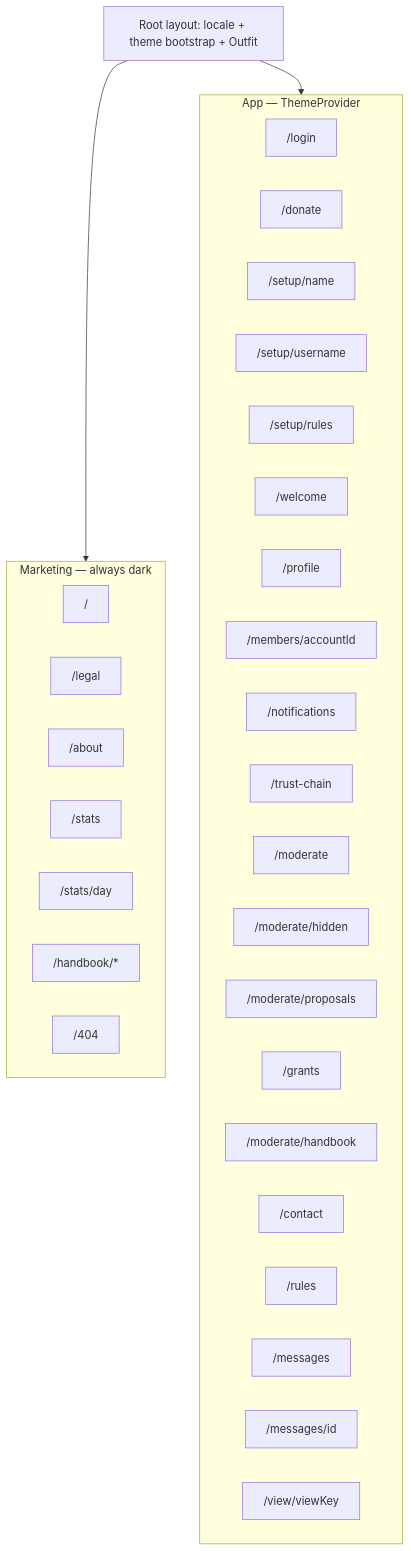
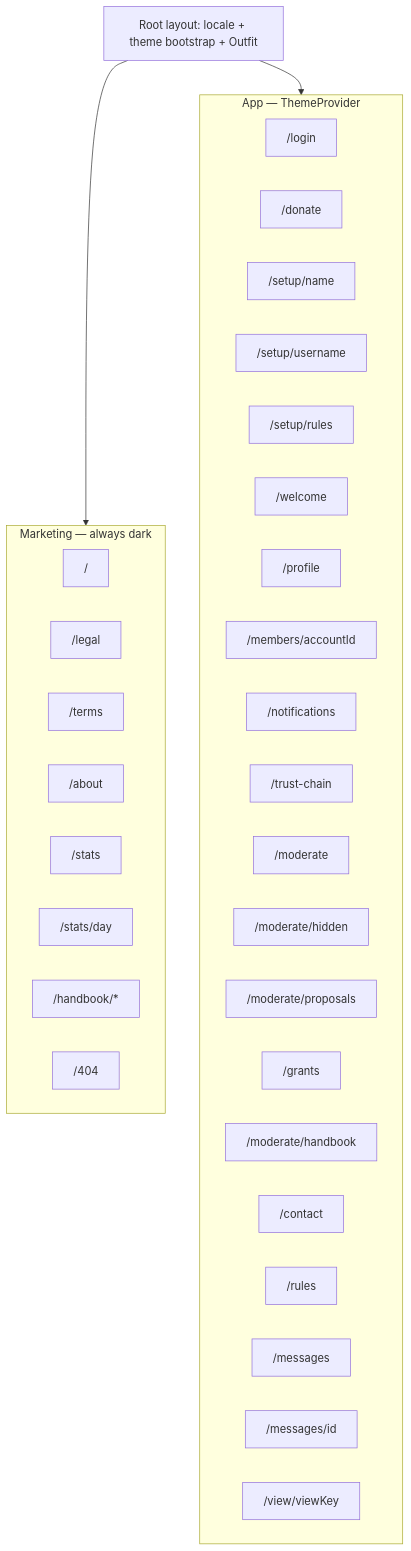
Before and after one commit to 21gifts/app: the second of 3 diagrams in docs/ui.md, drawn with Mermaid. The commit also changed other lines of this file and 21 other files, not shown here.

````diff
--- a/docs/ui.md
+++ b/docs/ui.md
@@ -356,37 +356,38 @@
 ```mermaid
 flowchart TB
   subgraph mkt [Marketing — always dark]
     R["/"]
     L["/legal"]
+    T["/terms"]
     A["/about"]
     S["/stats"]
     SD["/stats/day"]
     H["/handbook/*"]
     F["/404"]
   end
   subgraph app [App — ThemeProvider]
     LI["/login"]
     DO["/donate"]
     SN["/setup/name"]
     SU["/setup/username"]
     SR["/setup/rules"]
     W["/welcome"]
     P["/profile"]
     MEM["/members/accountId"]
     N["/notifications"]
     TC["/trust-chain"]
     MO["/moderate"]
     MOH["/moderate/hidden"]
     MOP["/moderate/proposals"]
     GR["/grants"]
     MOHB["/moderate/handbook"]
     C["/contact"]
     RU["/rules"]
     IN["/messages"]
     MID["/messages/id"]
     V["/view/viewKey"]
   end
   root[Root layout: locale + theme bootstrap + Outfit]
   root --> mkt
   root --> app
 ```
````
